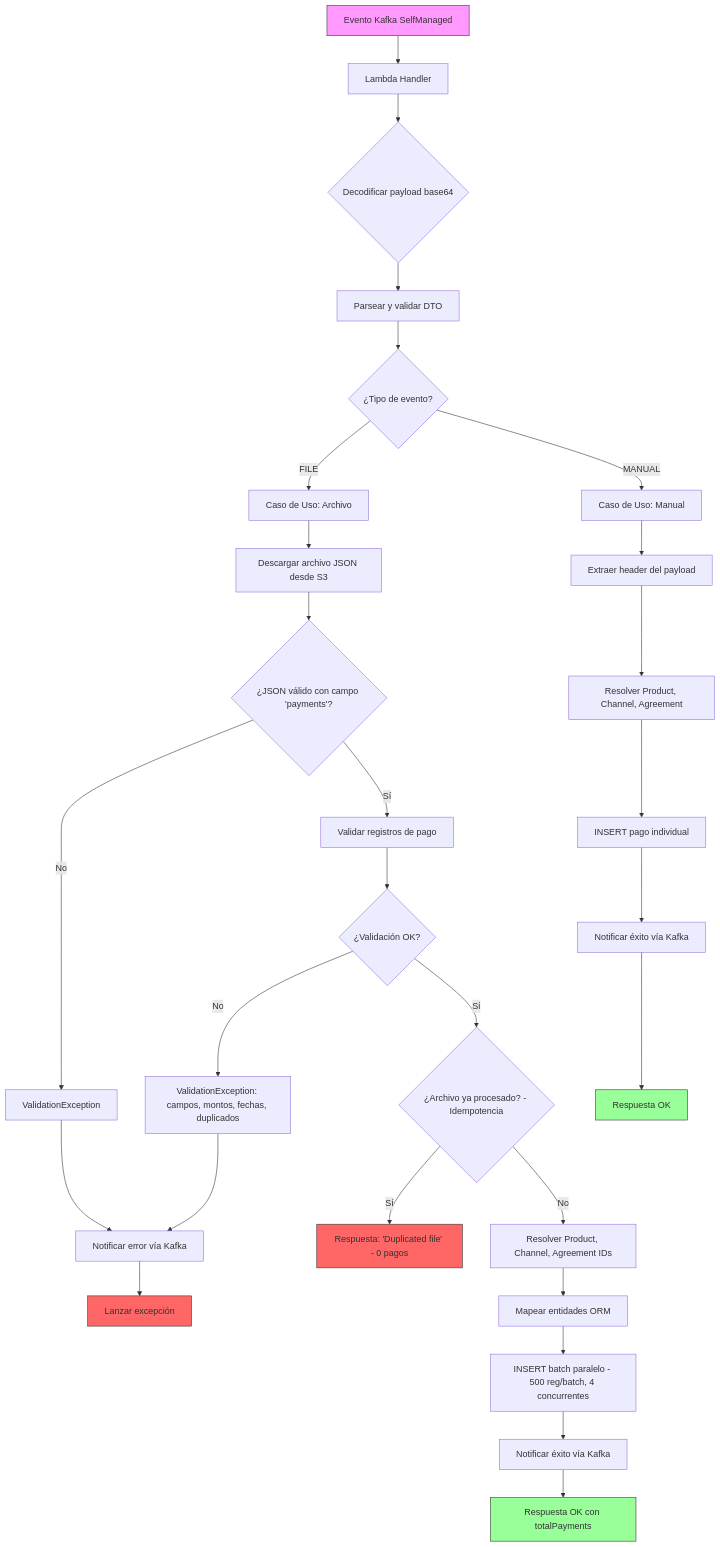
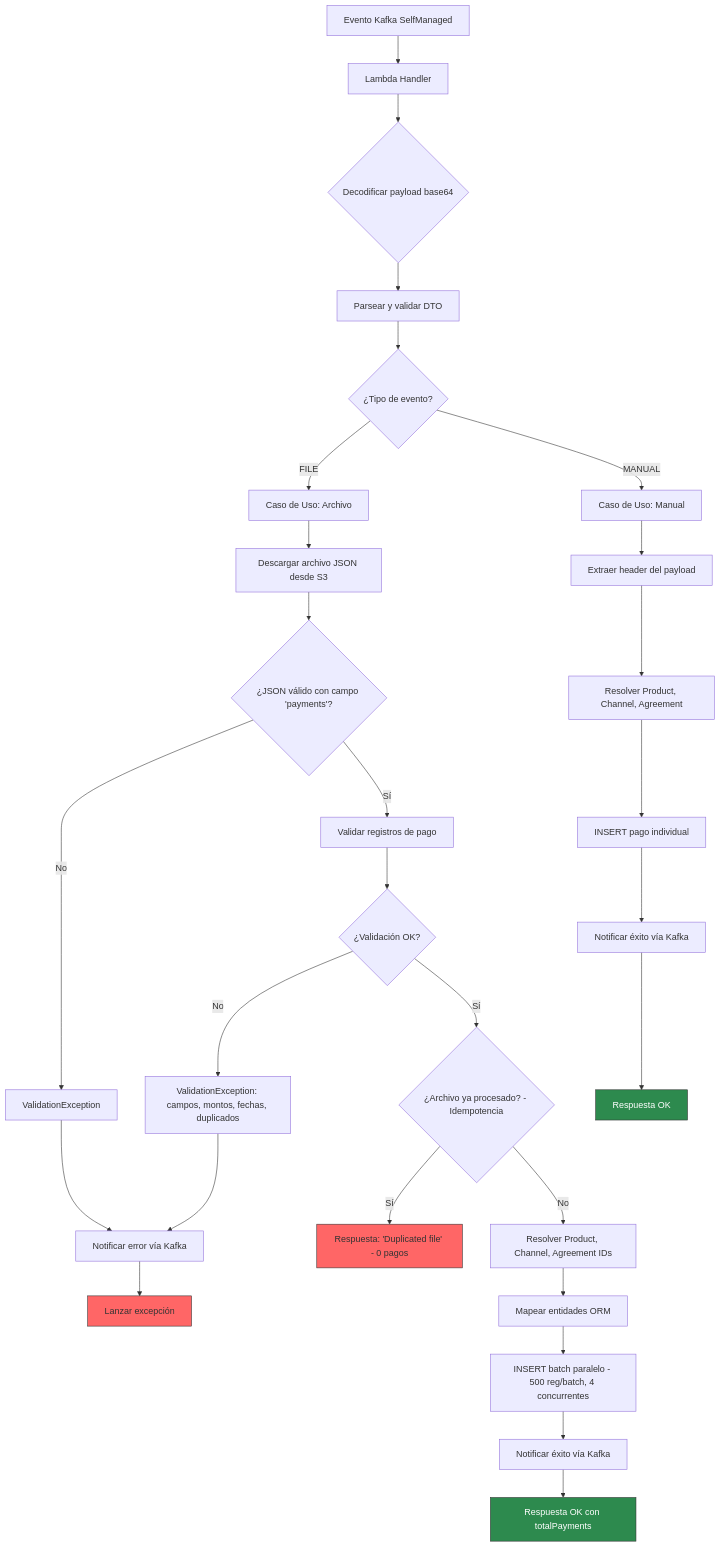
One commit to Repomrks/test changed the diagram in file.md. Above: the diagram before and after it, drawn with Mermaid.

````diff
--- a/file.md
+++ b/file.md
@@ -1,43 +1,42 @@
 ```mermaid
 flowchart TD
     A[Evento Kafka SelfManaged] --> B[Lambda Handler]
     B --> C{Decodificar payload base64}
     C --> D[Parsear y validar DTO]
     D --> E{¿Tipo de evento?}
     
     E -->|FILE| F[Caso de Uso: Archivo]
     E -->|MANUAL| G[Caso de Uso: Manual]
     
     F --> F1[Descargar archivo JSON desde S3]
     F1 --> F2{¿JSON válido con campo 'payments'?}
     F2 -->|No| ERR1[ValidationException]
     F2 -->|Sí| F3[Validar registros de pago]
     
     F3 --> F4{¿Validación OK?}
     F4 -->|No| ERR2[ValidationException: campos, montos, fechas, duplicados]
     F4 -->|Sí| F5{¿Archivo ya procesado? - Idempotencia}
     
     F5 -->|Sí| F6[Respuesta: 'Duplicated file' - 0 pagos]
     F5 -->|No| F7[Resolver Product, Channel, Agreement IDs]
     
     F7 --> F8[Mapear entidades ORM]
     F8 --> F9[INSERT batch paralelo - 500 reg/batch, 4 concurrentes]
     F9 --> F10[Notificar éxito vía Kafka]
     F10 --> F11[Respuesta OK con totalPayments]
     
     G --> G1[Extraer header del payload]
     G1 --> G2[Resolver Product, Channel, Agreement]
     G2 --> G3[INSERT pago individual]
     G3 --> G4[Notificar éxito vía Kafka]
     G4 --> G5[Respuesta OK]
     
     ERR1 --> NOTIFY_ERR[Notificar error vía Kafka]
     ERR2 --> NOTIFY_ERR
     NOTIFY_ERR --> THROW[Lanzar excepción]
     
-    style A fill:#f9f,stroke:#333
     style F6 fill:#f66,stroke:#333
-    style F11 fill:#9f9,stroke:#333
-    style G5 fill:#9f9,stroke:#333
+    style F11 fill:#2d8a4e,stroke:#333,color:#fff
+    style G5 fill:#2d8a4e,stroke:#333,color:#fff
     style THROW fill:#f66,stroke:#333
 ```
````
